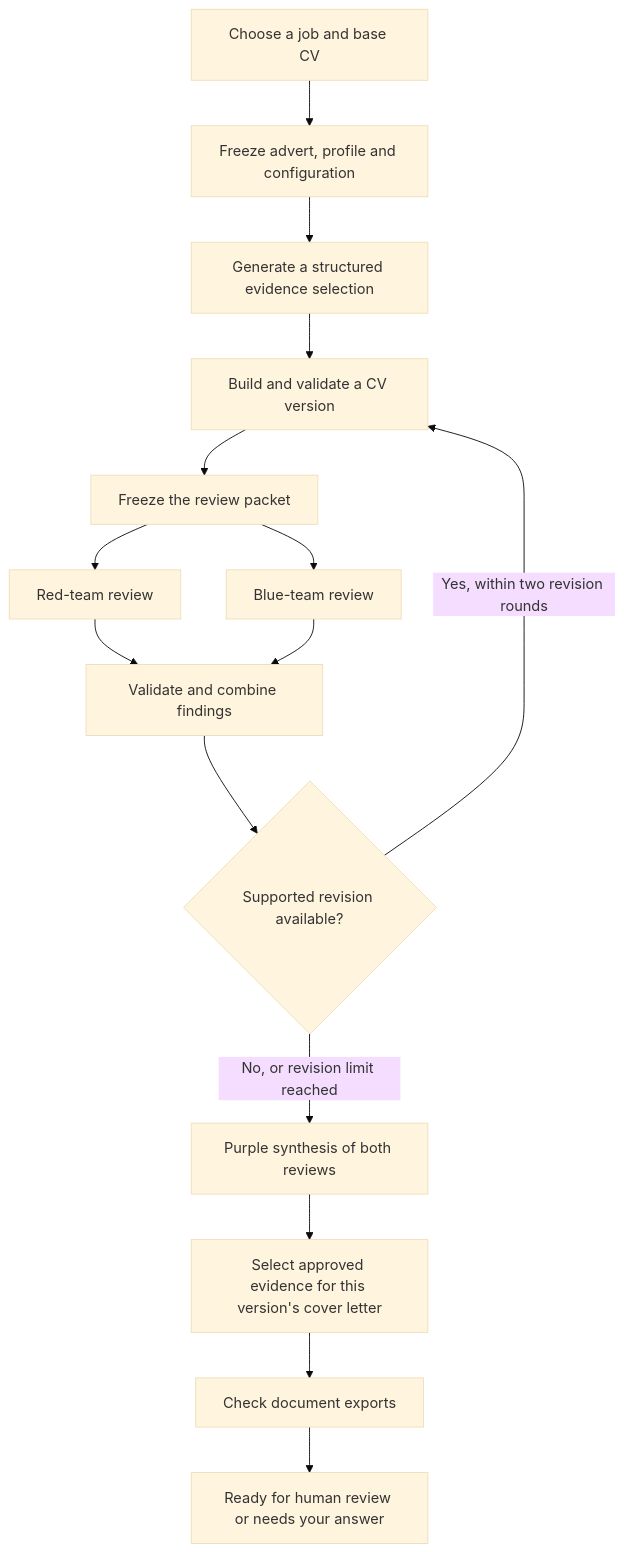
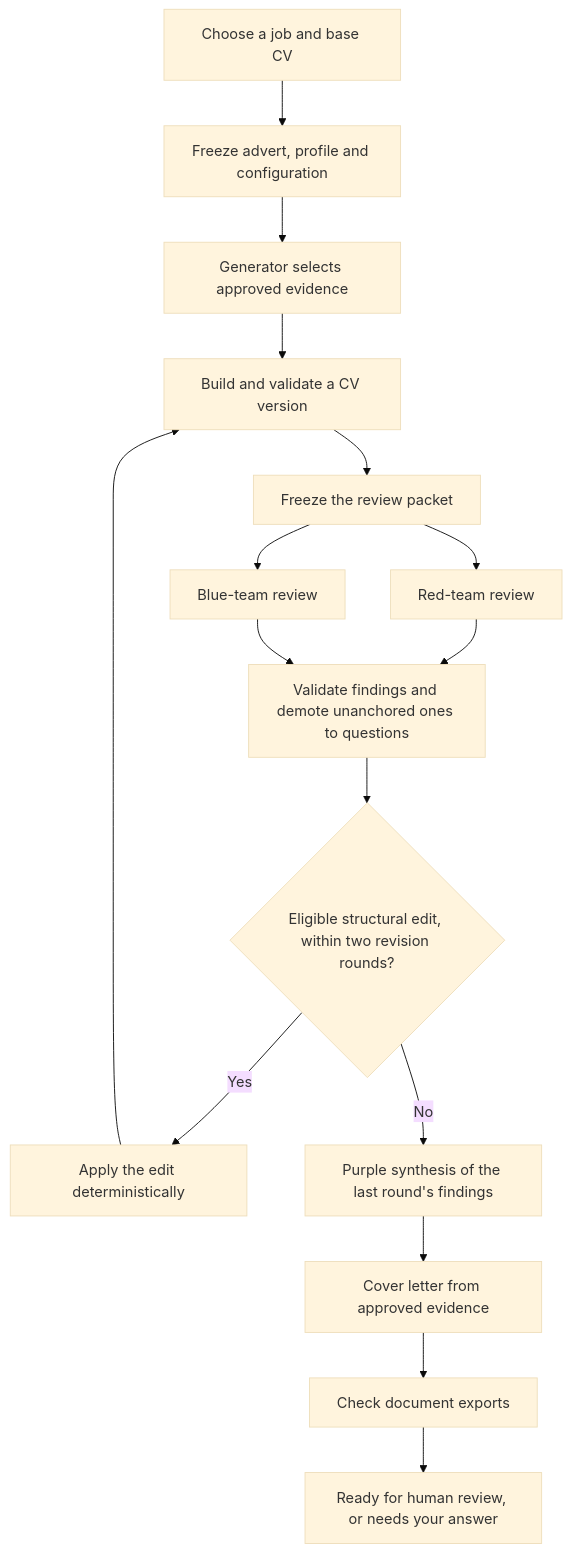
One commit to retinapeg/careerops-ai changed the diagram in README.md. Above: the diagram before and after it, drawn with Mermaid (base theme). The commit also changed other lines of this file, not shown here.

````diff
--- a/README.md
+++ b/README.md
@@ -79,17 +179,18 @@
 ```mermaid
 flowchart TD
     A[Choose a job and base CV] --> B[Freeze advert, profile and configuration]
-    B --> C[Generate a structured evidence selection]
+    B --> C[Generator selects approved evidence]
     C --> D[Build and validate a CV version]
     D --> E[Freeze the review packet]
     E --> R[Red-team review]
     E --> U[Blue-team review]
-    R --> F[Validate and combine findings]
+    R --> F[Validate findings and demote unanchored ones to questions]
     U --> F
-    F --> G{Supported revision available?}
-    G -->|Yes, within two revision rounds| D
-    G -->|No, or revision limit reached| P[Purple synthesis of both reviews]
-    P --> L[Select approved evidence for this version's cover letter]
-    L --> H[Check document exports]
-    H --> I[Ready for human review or needs your answer]
+    F --> G{Eligible structural edit, within two revision rounds?}
+    G -->|Yes| H[Apply the edit deterministically]
+    H --> D
+    G -->|No| P[Purple synthesis of the last round's findings]
+    P --> L[Cover letter from approved evidence]
+    L --> X[Check document exports]
+    X --> I[Ready for human review, or needs your answer]
 ```
````
